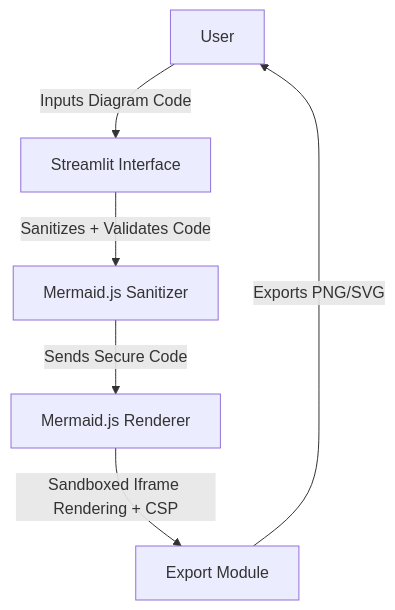
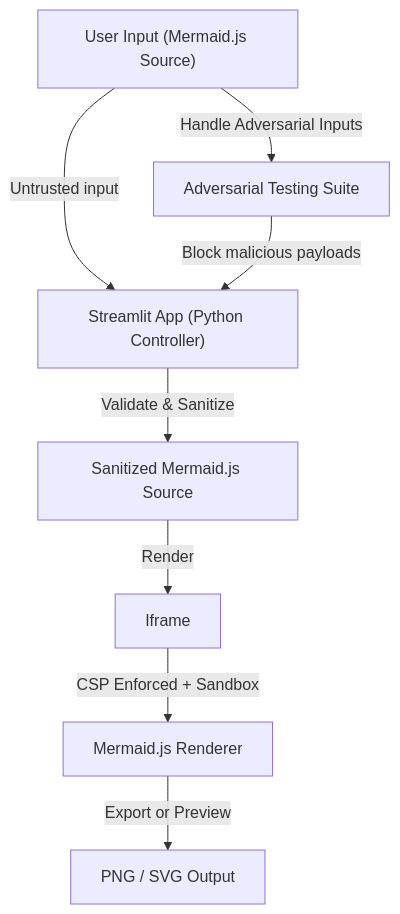
Before and after one commit to EF361/mermaid_editor: the diagram in README.md, drawn with Mermaid. The commit also changed other lines of this file, not shown here.

````diff
--- a/README.md
+++ b/README.md
@@ -35,8 +29,10 @@
 ```mermaid
-graph TD
-    User["User"] -->|Inputs Diagram Code| Frontend["Streamlit Interface"]
-    Frontend -->|Sanitizes + Validates Code| Validator["Mermaid.js Sanitizer"]
-    Validator -->|Sends Secure Code| Renderer["Mermaid.js Renderer"]
-    Renderer -->|Sandboxed Iframe Rendering + CSP| Exporter["Export Module"]
-    Exporter -->|Exports PNG/SVG| User
+flowchart TD
+    A["User Input (Mermaid.js Source)"] -->|"Untrusted input"| B["Streamlit App (Python Controller)"]
+    B -->|"Validate & Sanitize"| C["Sanitized Mermaid.js Source"]
+    C -->|"Render"| D["Iframe"]
+    D -->|"CSP Enforced + Sandbox"| E["Mermaid.js Renderer"]
+    E -->|"Export or Preview"| F["PNG / SVG Output"]
+    A -->|"Handle Adversarial Inputs"| G["Adversarial Testing Suite"]
+    G -->|"Block malicious payloads"| B
 ```
````
